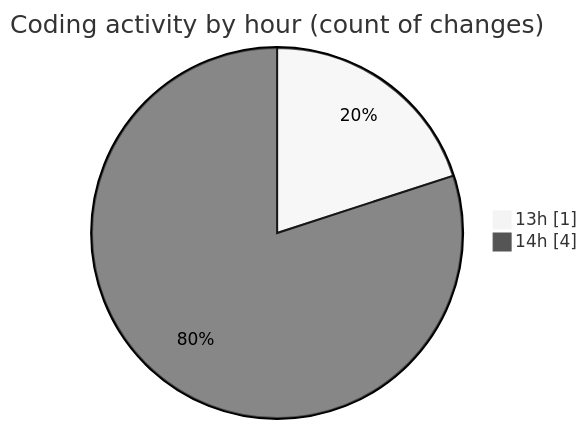
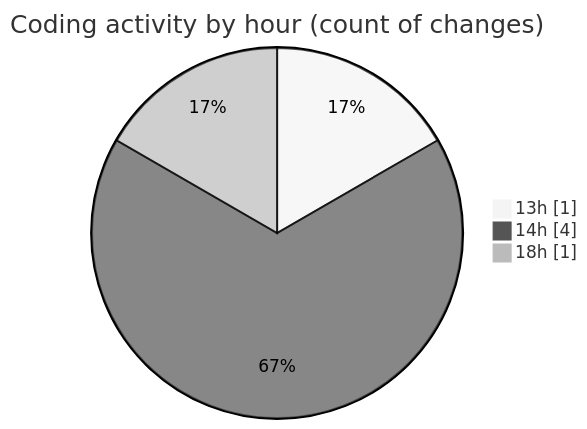
Before and after one commit to donsfak/code-tracking: the second of 2 diagrams in 2025-02-20/uber_clone/README.md, drawn with Mermaid (neutral theme). The commit also changed other lines of this file and 1 other file, not shown here.

````diff
--- a/2025-02-20/uber_clone/README.md
+++ b/2025-02-20/uber_clone/README.md
@@ -31,6 +33,7 @@
 ```mermaid
 pie showData
 title Coding activity by hour (count of changes)
 "13h" : 1
 "14h" : 4
+"18h" : 1
 ```
````
